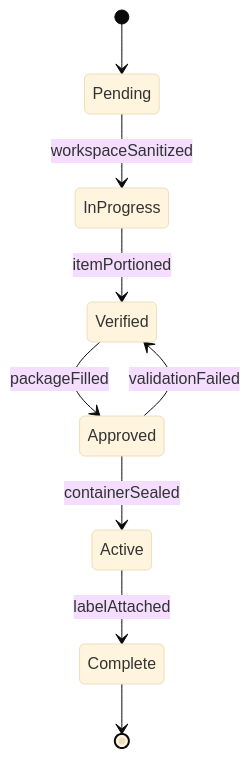
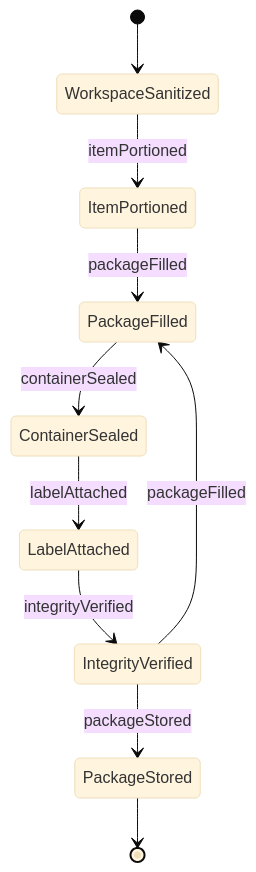
One commit to dot-org-ai/tasks.org.ai changed the second of 4 diagrams in HandlingAndMovingObjects/PackageObjects/PackageFoodSupplies.mdx. Above: the diagram before and after it, drawn with Mermaid (base theme). The commit also changed other lines of this file and 515 other files, not shown here.

````diff
--- a/HandlingAndMovingObjects/PackageObjects/PackageFoodSupplies.mdx
+++ b/HandlingAndMovingObjects/PackageObjects/PackageFoodSupplies.mdx
@@ -100,11 +100,12 @@
 ```mermaid
 stateDiagram-v2
-    [*] --> Pending
-    Pending --> InProgress : workspaceSanitized
-    InProgress --> Verified : itemPortioned
-    Verified --> Approved : packageFilled
-    Approved --> Active : containerSealed
-    Active --> Complete : labelAttached
-    Approved --> Verified : validationFailed
-    Complete --> [*]
+    [*] --> WorkspaceSanitized
+    WorkspaceSanitized --> ItemPortioned : itemPortioned
+    ItemPortioned --> PackageFilled : packageFilled
+    PackageFilled --> ContainerSealed : containerSealed
+    ContainerSealed --> LabelAttached : labelAttached
+    LabelAttached --> IntegrityVerified : integrityVerified
+    IntegrityVerified --> PackageFilled : packageFilled
+    IntegrityVerified --> PackageStored : packageStored
+    PackageStored --> [*]
 ```
````
